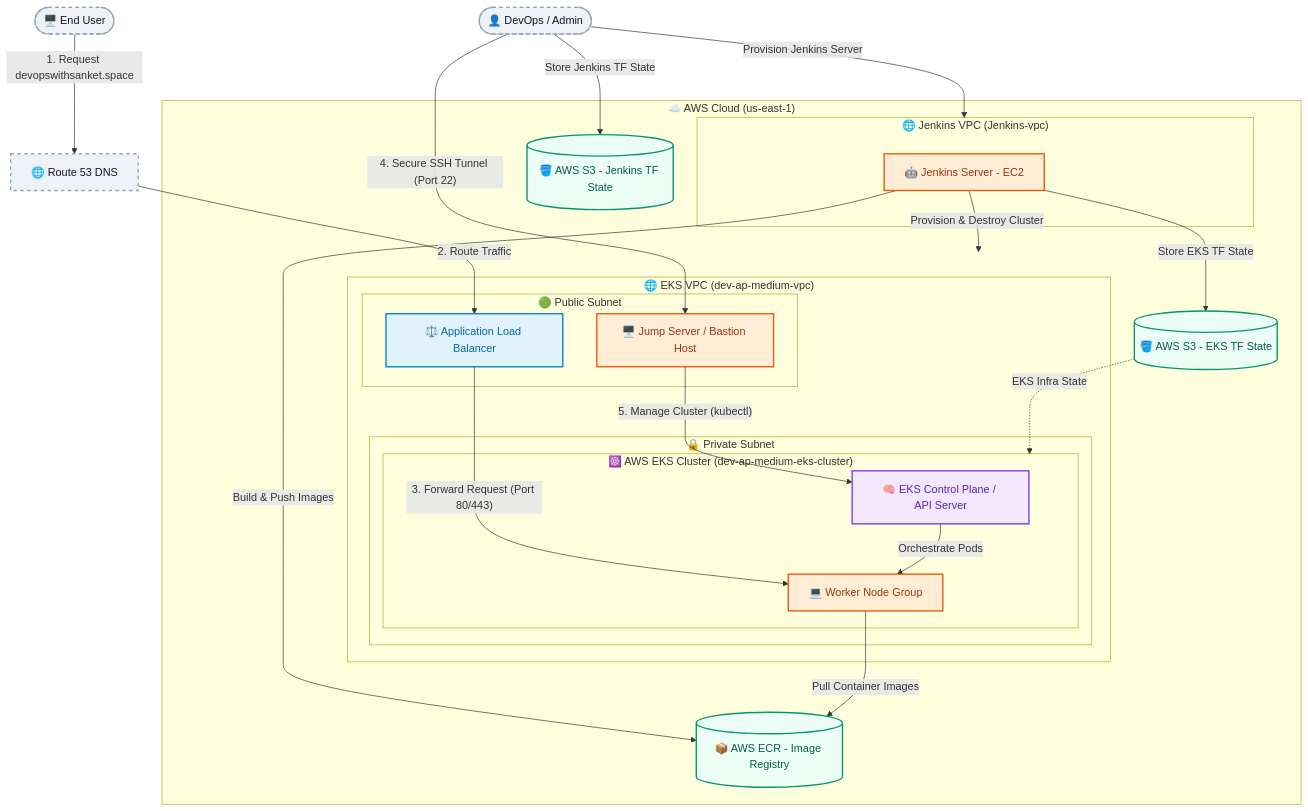
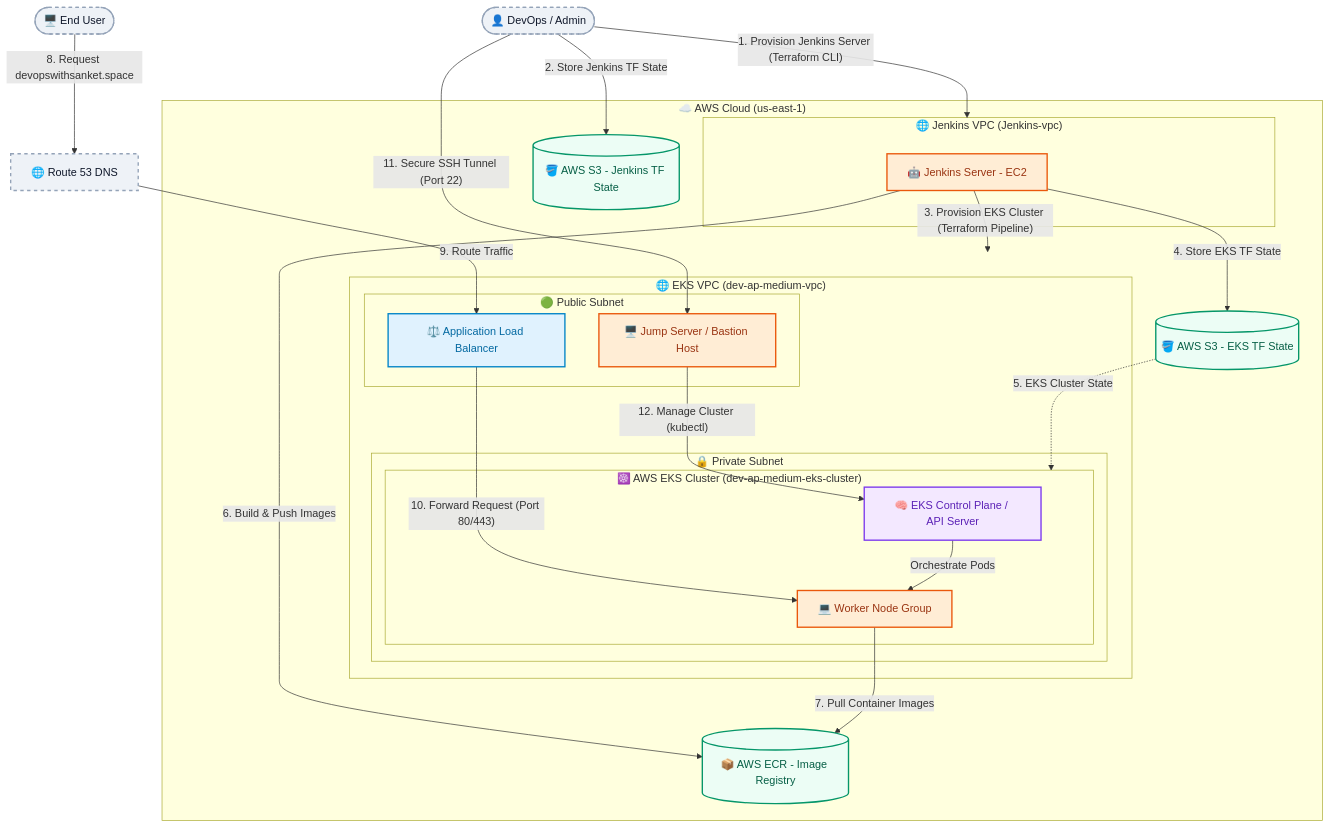
The first of 3 diagrams in docs/09-architecture-diagrams.md (Sanket006/three-tier-devsecops-eks), drawn with Mermaid before and after one commit. The commit also changed other lines of this file, not shown here.

Commit message:
docs: add sequential step numbers and phase grouping in AWS diagram

````diff
--- a/docs/09-architecture-diagrams.md
+++ b/docs/09-architecture-diagrams.md
@@ -10,65 +10,65 @@
 ```mermaid
 graph TB
     %% Nodes outside VPC
     User([🖥️ End User])
     DevOps([👤 DevOps / Admin])
     Route53[🌐 Route 53 DNS]
 
     subgraph AWS_Cloud ["☁️ AWS Cloud (us-east-1)"]
         
         subgraph Jenkins_VPC ["🌐 Jenkins VPC (Jenkins-vpc)"]
             Jenkins[🤖 Jenkins Server - EC2]
         end
 
         subgraph EKS_VPC ["🌐 EKS VPC (dev-ap-medium-vpc)"]
             subgraph Public_Subnet ["🟢 Public Subnet"]
                 ALB[⚖️ Application Load Balancer]
                 JumpServer[🖥️ Jump Server / Bastion Host]
             end
             
             subgraph Private_Subnet ["🔒 Private Subnet"]
                 subgraph EKS_Cluster ["☸️ AWS EKS Cluster (dev-ap-medium-eks-cluster)"]
                     ControlPlane[🧠 EKS Control Plane / API Server]
                     WorkerNodes[💻 Worker Node Group]
                 end
             end
         end
         
         %% AWS Managed Services
         ECR[(📦 AWS ECR - Image Registry)]
         S3_EKS[(🪣 AWS S3 - EKS TF State)]
         S3_Jenkins[(🪣 AWS S3 - Jenkins TF State)]
     end
 
     %% Flow connections
-    User -->|1. Request devopswithsanket.space| Route53
-    Route53 -->|2. Route Traffic| ALB
-    ALB -->|"3. Forward Request (Port 80/443)"| WorkerNodes
-    DevOps -->|"4. Secure SSH Tunnel (Port 22)"| JumpServer
-    JumpServer -->|"5. Manage Cluster (kubectl)"| ControlPlane
+    
+    %% Phase A: Infrastructure & App Delivery Flow
+    DevOps -->|"1. Provision Jenkins Server (Terraform CLI)"| Jenkins_VPC
+    DevOps -->|"2. Store Jenkins TF State"| S3_Jenkins
+    Jenkins -->|"3. Provision EKS Cluster (Terraform Pipeline)"| EKS_VPC
+    Jenkins -->|"4. Store EKS TF State"| S3_EKS
+    S3_EKS -.->|"5. EKS Cluster State"| EKS_Cluster
+    Jenkins -->|"6. Build & Push Images"| ECR
+    WorkerNodes -->|"7. Pull Container Images"| ECR
+
+    %% Phase B: Traffic & Administration Flow
+    User -->|"8. Request devopswithsanket.space"| Route53
+    Route53 -->|"9. Route Traffic"| ALB
+    ALB -->|"10. Forward Request (Port 80/443)"| WorkerNodes
+    DevOps -->|"11. Secure SSH Tunnel (Port 22)"| JumpServer
+    JumpServer -->|"12. Manage Cluster (kubectl)"| ControlPlane
     ControlPlane -->|Orchestrate Pods| WorkerNodes
-    
-    %% DevOps provisioning Jenkins Server
-    DevOps -->|"Store Jenkins TF State"| S3_Jenkins
-    DevOps -->|Provision Jenkins Server| Jenkins_VPC
-
-    %% Pipeline & Infrastructure Management
-    Jenkins -->|Provision & Destroy Cluster| EKS_VPC
-    Jenkins -->|"Store EKS TF State"| S3_EKS
-    S3_EKS -.->|"EKS Infra State"| EKS_Cluster
-    Jenkins -->|Build & Push Images| ECR
-    WorkerNodes -->|Pull Container Images| ECR
 
     %% Formatting / Class Definitions for premium look
     classDef external fill:#eef2f7,stroke:#94a3b8,stroke-width:2px,color:#0f172a,stroke-dasharray: 5 5;
     classDef network fill:#e0f2fe,stroke:#0284c7,stroke-width:2px,color:#0369a1;
     classDef compute fill:#ffedd5,stroke:#ea580c,stroke-width:2px,color:#9a3412;
     classDef storage fill:#ecfdf5,stroke:#059669,stroke-width:2px,color:#065f46;
     classDef security fill:#f3e8ff,stroke:#7c3aed,stroke-width:2px,color:#5b21b6;
 
     class User,DevOps,Route53 external;
     class ALB network;
     class JumpServer,Jenkins,WorkerNodes compute;
     class ECR,S3_EKS,S3_Jenkins storage;
     class ControlPlane security;
 ```
````
